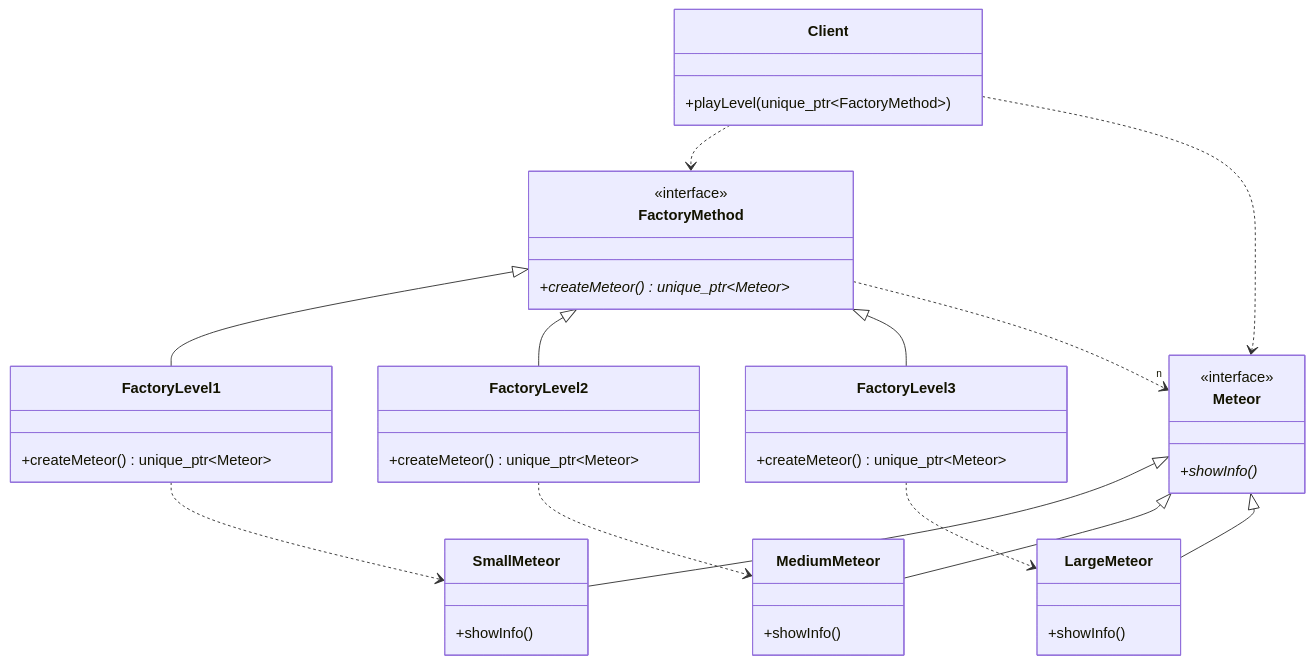
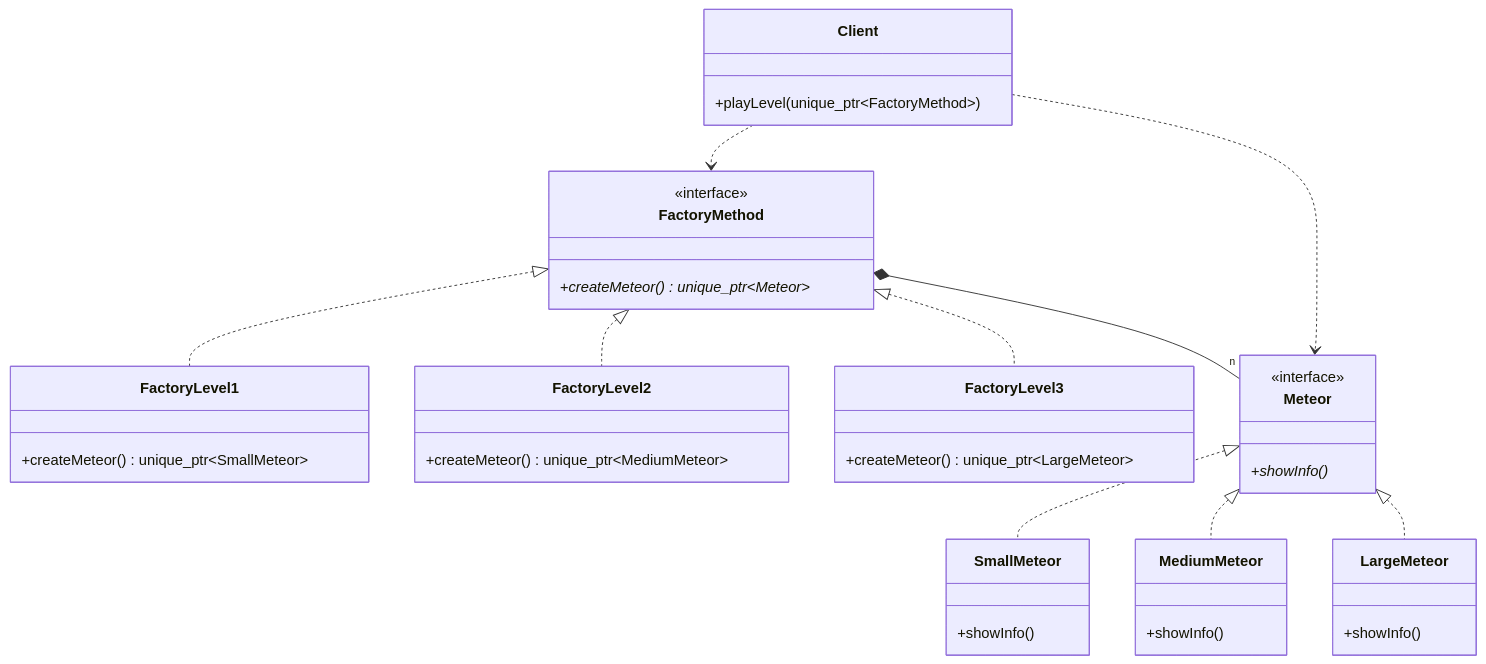
One commit to Cichlidfishexigency721/Modern-CPP-Design-Patterns changed the diagram in 02_FactoryMethod/FactoryMethod_GoF/diagram.md. Above: the diagram before and after it, drawn with Mermaid.

Commit message:
UML improvement

````diff
--- a/02_FactoryMethod/FactoryMethod_GoF/diagram.md
+++ b/02_FactoryMethod/FactoryMethod_GoF/diagram.md
@@ -3,54 +3,54 @@
 ```mermaid
 classDiagram
     class Meteor {
         <<interface>>
         +showInfo()*
     }
     class SmallMeteor {
         +showInfo()
     }
     class MediumMeteor {
         +showInfo()
     }
     class LargeMeteor {
         +showInfo()
     }
 
     class FactoryMethod {
         <<interface>>
         +createMeteor()* unique_ptr~Meteor~
     }
     class FactoryLevel1 {
-        +createMeteor() unique_ptr~Meteor~
+        +createMeteor() unique_ptr~SmallMeteor~
     }
     class FactoryLevel2 {
-        +createMeteor() unique_ptr~Meteor~
+        +createMeteor() unique_ptr~MediumMeteor~
     }
     class FactoryLevel3 {
-        +createMeteor() unique_ptr~Meteor~
+        +createMeteor() unique_ptr~LargeMeteor~
     }
 
     class Client {
         +playLevel(unique_ptr~FactoryMethod~)
     }
 
-    Meteor <|-- SmallMeteor
-    Meteor <|-- MediumMeteor
-    Meteor <|-- LargeMeteor
+    Meteor <|.. SmallMeteor
+    Meteor <|.. MediumMeteor
+    Meteor <|.. LargeMeteor
 
-    FactoryMethod <|-- FactoryLevel1
-    FactoryMethod <|-- FactoryLevel2
-    FactoryMethod <|-- FactoryLevel3
+    FactoryMethod <|.. FactoryLevel1
+    FactoryMethod <|.. FactoryLevel2
+    FactoryMethod <|.. FactoryLevel3
 
     %% Concrete creators depend on concrete products
-    FactoryLevel1 ..> SmallMeteor
-    FactoryLevel2 ..> MediumMeteor
-    FactoryLevel3 ..> LargeMeteor
+    %%FactoryLevel1 ..> SmallMeteor
+    %%FactoryLevel2 ..> MediumMeteor
+    %%FactoryLevel3 ..> LargeMeteor
 
     %% Abstract creator conceptually creates abstract products
-    FactoryMethod ..> "n" Meteor
+    FactoryMethod *-- "n" Meteor
 
     %% Client uses the abstractions
     Client ..> FactoryMethod
     Client ..> Meteor
 ```
````
